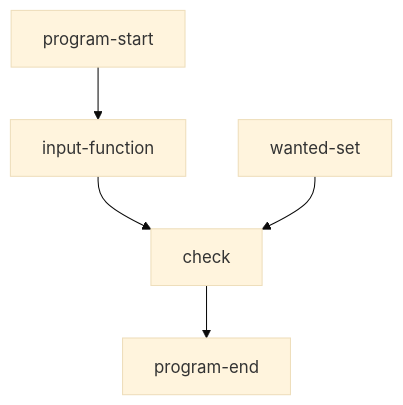
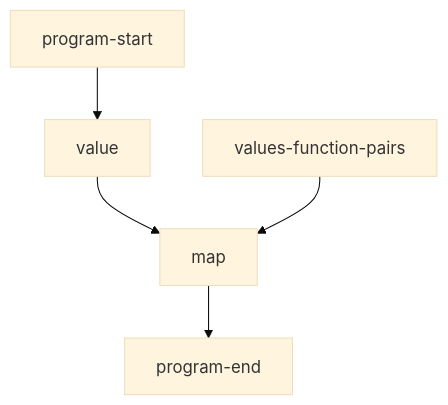
One commit to OdedYanovich/Tinkering changed the second of 3 diagrams in obsidian docs/redesign - The game's requirements/standard.md. Above: the diagram before and after it, drawn with Mermaid (base theme). The commit also changed other lines of this file, not shown here.

````diff
--- a/obsidian docs/redesign - The game's requirements/standard.md
+++ b/obsidian docs/redesign - The game's requirements/standard.md
@@ -78,5 +24,5 @@
 ```mermaid
 flowchart TD
-program-start --> input-function --> check --> program-end 
-wanted-set --> check
+program-start --> value --> map --> program-end 
+values-function-pairs --> map
 ```
````
